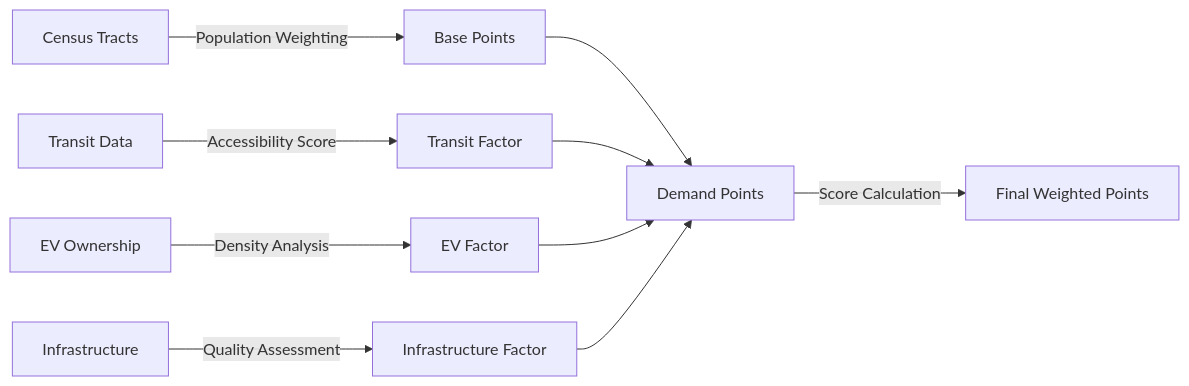
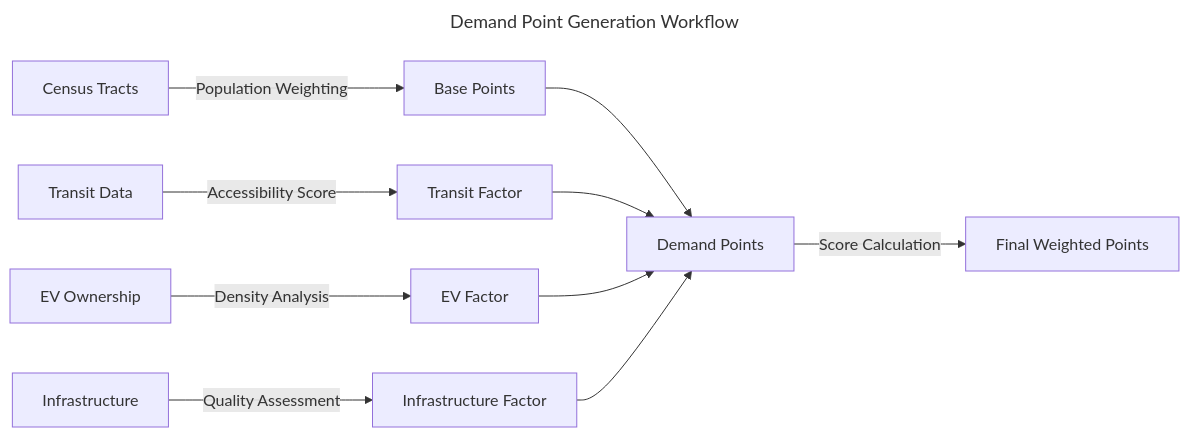
Before and after one commit to jaxendutta/v3: the second of 4 diagrams in src/data/content/evse-opt.md, drawn with Mermaid. The commit also changed other lines of this file and 2 other files, not shown here.

````diff
--- a/src/data/content/evse-opt.md
+++ b/src/data/content/evse-opt.md
@@ -187,14 +193,17 @@
 ```mermaid
+---
+title: Demand Point Generation Workflow
+---
 graph LR
     A[Census Tracts] --> |Population Weighting| B[Base Points]
     C[Transit Data] --> |Accessibility Score| D[Transit Factor]
     E[EV Ownership] --> |Density Analysis| F[EV Factor]
     G[Infrastructure] --> |Quality Assessment| H[Infrastructure Factor]
     
     B --> I[Demand Points]
     D --> I
     F --> I
     H --> I
     
     I --> |Score Calculation| J[Final Weighted Points]
   ```
````
